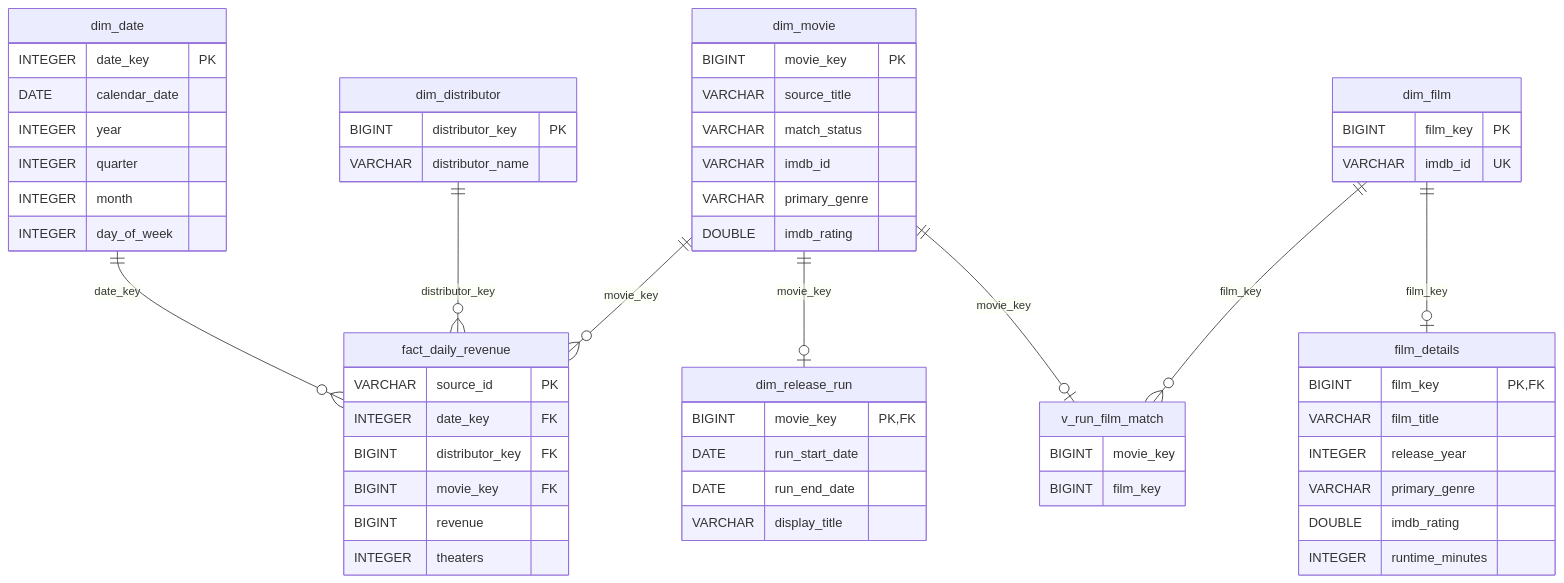
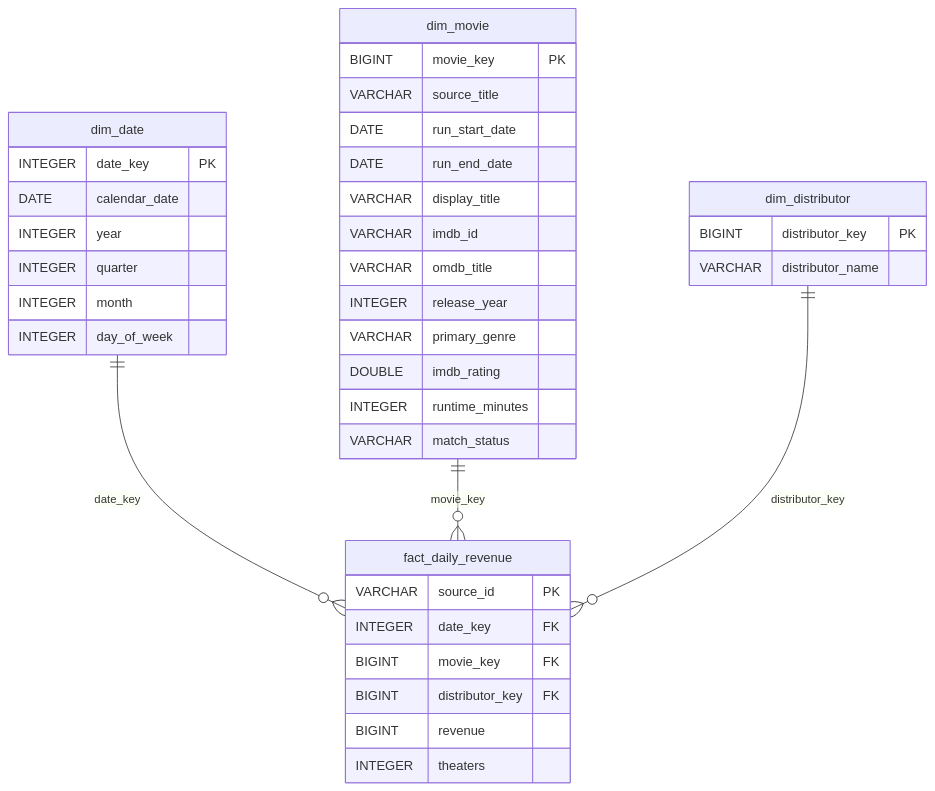
Before and after one commit to nacz0/Movies: the diagram in README.md, drawn with Mermaid. The commit also changed other lines of this file and 27 other files, not shown here.

````diff
--- a/README.md
+++ b/README.md
@@ -15,60 +33,40 @@
 ```mermaid
 erDiagram
     dim_date ||--o{ fact_daily_revenue : date_key
+    dim_movie ||--o{ fact_daily_revenue : movie_key
     dim_distributor ||--o{ fact_daily_revenue : distributor_key
-    dim_movie ||--o{ fact_daily_revenue : movie_key
-    dim_movie ||--o| dim_release_run : movie_key
-    dim_movie ||--o| v_run_film_match : movie_key
-    dim_film ||--o{ v_run_film_match : film_key
-    dim_film ||--o| film_details : film_key
-    fact_daily_revenue {
-        VARCHAR source_id PK
-        INTEGER date_key FK
-        BIGINT distributor_key FK
-        BIGINT movie_key FK
-        BIGINT revenue
-        INTEGER theaters
-    }
     dim_date {
         INTEGER date_key PK
         DATE calendar_date
         INTEGER year
         INTEGER quarter
         INTEGER month
         INTEGER day_of_week
     }
+    dim_movie {
+        BIGINT movie_key PK
+        VARCHAR source_title
+        DATE run_start_date
+        DATE run_end_date
+        VARCHAR display_title
+        VARCHAR imdb_id
+        VARCHAR omdb_title
+        INTEGER release_year
+        VARCHAR primary_genre
+        DOUBLE imdb_rating
+        INTEGER runtime_minutes
+        VARCHAR match_status
+    }
     dim_distributor {
         BIGINT distributor_key PK
         VARCHAR distributor_name
     }
-    dim_movie {
-        BIGINT movie_key PK
-        VARCHAR source_title
-        VARCHAR match_status
-        VARCHAR imdb_id
-        VARCHAR primary_genre
-        DOUBLE imdb_rating
-    }
-    dim_release_run {
-        BIGINT movie_key PK,FK
-        DATE run_start_date
-        DATE run_end_date
-        VARCHAR display_title
-    }
-    v_run_film_match {
-        BIGINT movie_key
-        BIGINT film_key
-    }
-    dim_film {
-        BIGINT film_key PK
-        VARCHAR imdb_id UK
-    }
-    film_details {
-        BIGINT film_key PK,FK
-        VARCHAR film_title
-        INTEGER release_year
-        VARCHAR primary_genre
-        DOUBLE imdb_rating
-        INTEGER runtime_minutes
+    fact_daily_revenue {
+        VARCHAR source_id PK
+        INTEGER date_key FK
+        BIGINT movie_key FK
+        BIGINT distributor_key FK
+        BIGINT revenue
+        INTEGER theaters
     }
 ```
````
